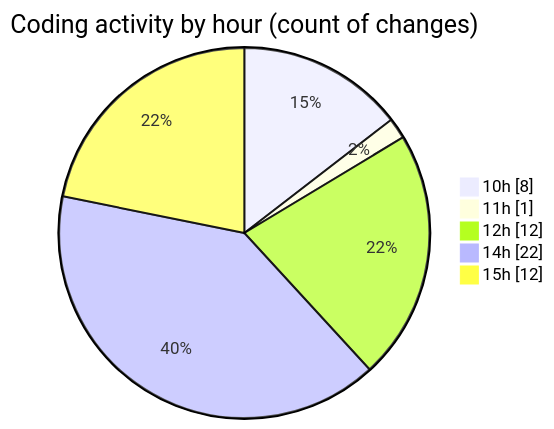
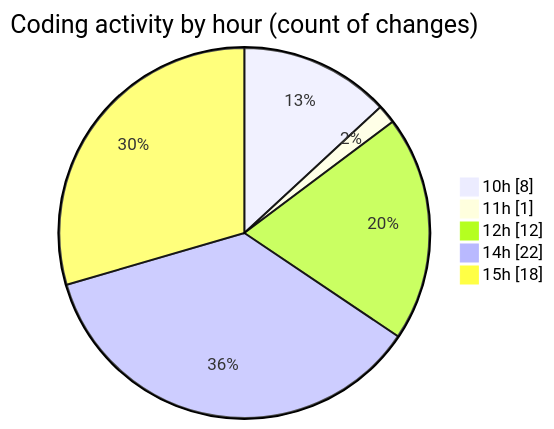
One commit to momahboobian/code-tracking changed the second of 2 diagrams in 2025-07-31/cda/README.md. Above: the diagram before and after it, drawn with Mermaid. The commit also changed other lines of this file and 1 other file, not shown here.

````diff
--- a/2025-07-31/cda/README.md
+++ b/2025-07-31/cda/README.md
@@ -35,9 +35,9 @@
 ```mermaid
 pie showData
 title Coding activity by hour (count of changes)
 "10h" : 8
 "11h" : 1
 "12h" : 12
 "14h" : 22
-"15h" : 12
+"15h" : 18
 ```
````
